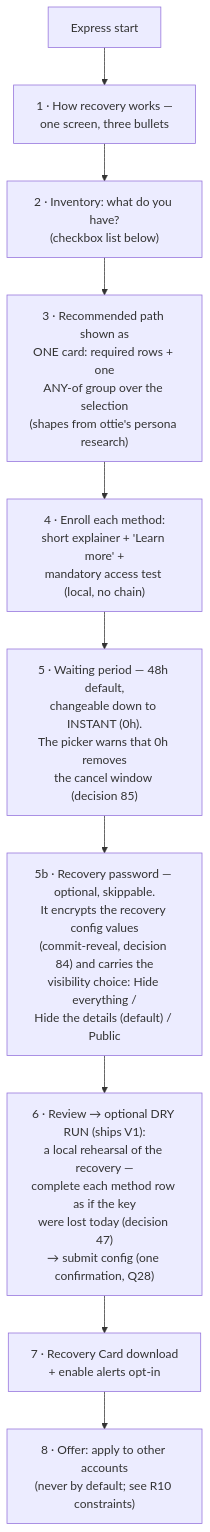
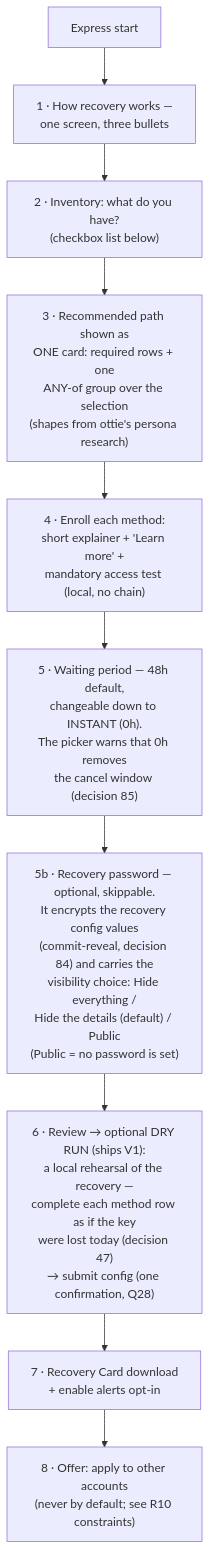
Before and after one commit to FiboAtWonder/kohaku-extension: the fourth of 14 diagrams in social-recovery-ux-flows.md, drawn with Mermaid. The commit also changed other lines of this file and 2 other files, not shown here.

Commit message:
docs: review amendments — 88 (fast-track creates EOA signer only) + 84 (public visibility = no recovery password)

````diff
--- a/social-recovery-ux-flows.md
+++ b/social-recovery-ux-flows.md
@@ -113,12 +113,12 @@
 ```mermaid
 flowchart TD
     A[Express start] --> B["1 · How recovery works —<br/>one screen, three bullets"]
     B --> C["2 · Inventory: what do you have?<br/>(checkbox list below)"]
     C --> D["3 · Recommended path shown as<br/>ONE card: required rows + one<br/>ANY-of group over the selection<br/>(shapes from ottie's persona research)"]
     D --> E["4 · Enroll each method:<br/>short explainer + 'Learn more' +<br/>mandatory access test (local, no chain)"]
     E --> F["5 · Waiting period — 48h default,<br/>changeable down to INSTANT (0h).<br/>The picker warns that 0h removes<br/>the cancel window (decision 85)"]
-    F --> PW["5b · Recovery password — optional, skippable.<br/>It encrypts the recovery config values<br/>(commit-reveal, decision 84) and carries the<br/>visibility choice: Hide everything /<br/>Hide the details (default) / Public"]
+    F --> PW["5b · Recovery password — optional, skippable.<br/>It encrypts the recovery config values<br/>(commit-reveal, decision 84) and carries the<br/>visibility choice: Hide everything /<br/>Hide the details (default) / Public<br/>(Public = no password is set)"]
     PW --> G["6 · Review → optional DRY RUN (ships V1):<br/>a local rehearsal of the recovery —<br/>complete each method row as if the key<br/>were lost today (decision 47)<br/>→ submit config (one confirmation, Q28)"]
     G --> H["7 · Recovery Card download<br/>+ enable alerts opt-in"]
     H --> I["8 · Offer: apply to other accounts<br/>(never by default; see R10 constraints)"]
 ```
````
